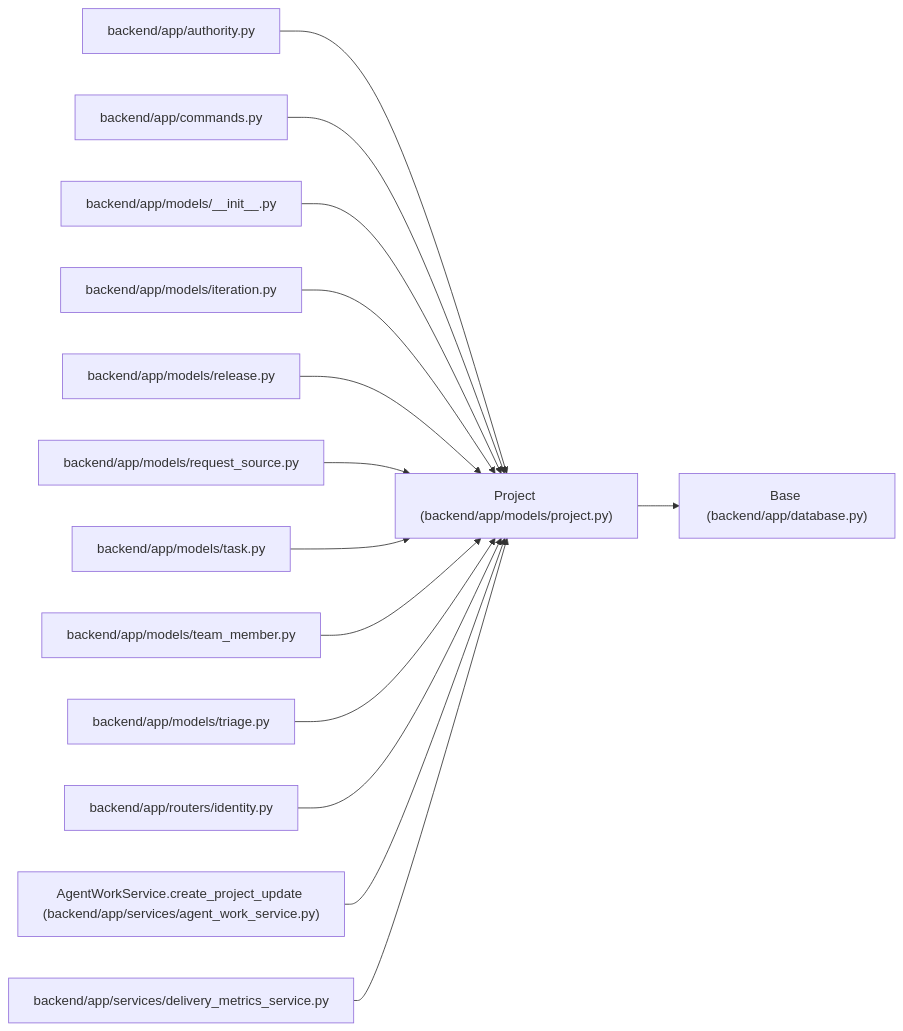
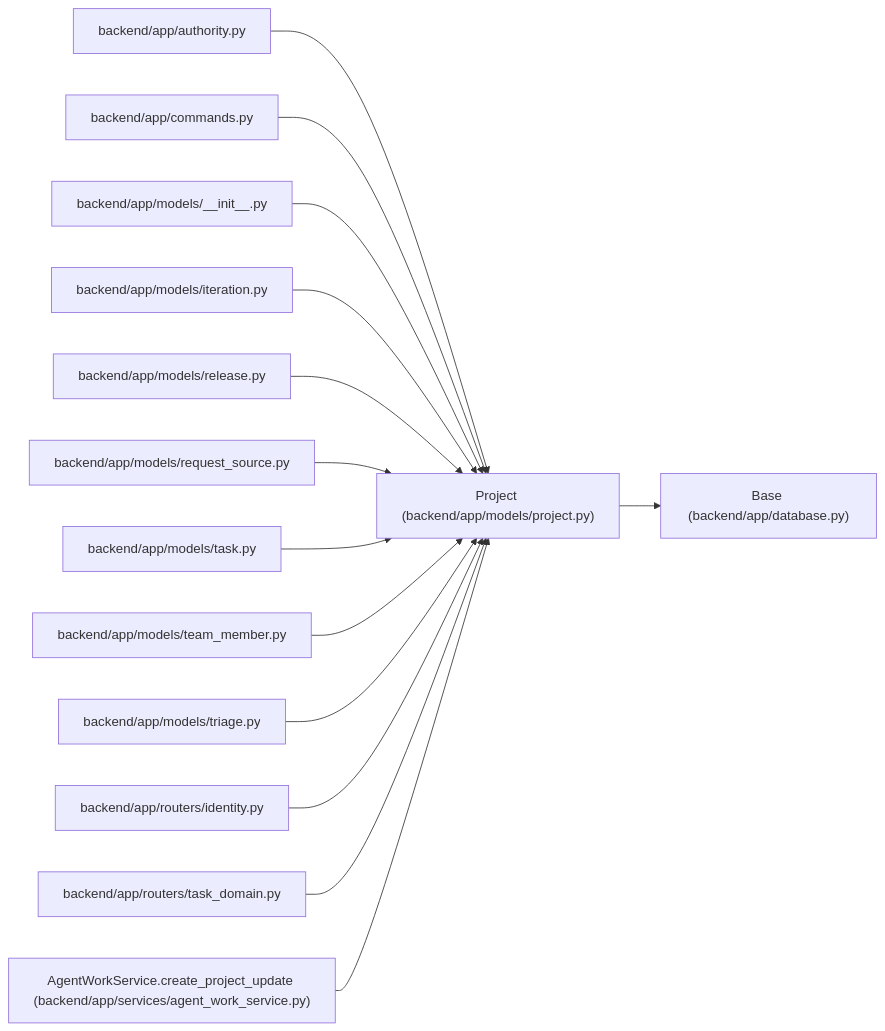
The diagram in docs/llm_wiki/entities/models_project_Project.md (Denissvgn/WorkChord), drawn with Mermaid before and after one commit. The commit also changed other lines of this file and 543 other files, not shown here.

````diff
--- a/docs/llm_wiki/entities/models_project_Project.md
+++ b/docs/llm_wiki/entities/models_project_Project.md
@@ -48,44 +48,44 @@
 ```mermaid
 flowchart LR
     n0["Project (backend/app/models/project.py)"]
     n1["Base (backend/app/database.py)"]
     n2["backend/app/authority.py"]
     n3["backend/app/commands.py"]
     n4["backend/app/models/__init__.py"]
     n5["backend/app/models/iteration.py"]
     n6["backend/app/models/release.py"]
     n7["backend/app/models/request_source.py"]
     n8["backend/app/models/task.py"]
     n9["backend/app/models/team_member.py"]
     n10["backend/app/models/triage.py"]
     n11["backend/app/routers/identity.py"]
-    n12["AgentWorkService.create_project_update (backend/app/services/agent_work_service.py)"]
-    n13["backend/app/services/delivery_metrics_service.py"]
+    n12["backend/app/routers/task_domain.py"]
+    n13["AgentWorkService.create_project_update (backend/app/services/agent_work_service.py)"]
     n0 --> n1
     n2 --> n0
     n3 --> n0
     n4 --> n0
     n5 --> n0
     n6 --> n0
     n7 --> n0
     n8 --> n0
     n9 --> n0
     n10 --> n0
     n11 --> n0
     n12 --> n0
     n13 --> n0
     click n0 "../modules/models_project.md"
     click n1 "../modules/app_database.md"
     click n2 "../modules/authority.md"
     click n3 "../modules/commands.md"
     click n4 "../modules/models___init__.md"
     click n5 "../modules/models_iteration.md"
     click n6 "../modules/models_release.md"
     click n7 "../modules/models_request_source.md"
     click n8 "../modules/models_task.md"
     click n9 "../modules/team_member.md"
     click n10 "../modules/models_triage.md"
     click n11 "../modules/routers_identity.md"
-    click n12 "../modules/agent_work_service.md"
-    click n13 "../modules/delivery_metrics_service.md"
+    click n12 "../modules/routers_task_domain.md"
+    click n13 "../modules/agent_work_service.md"
 ```
````
